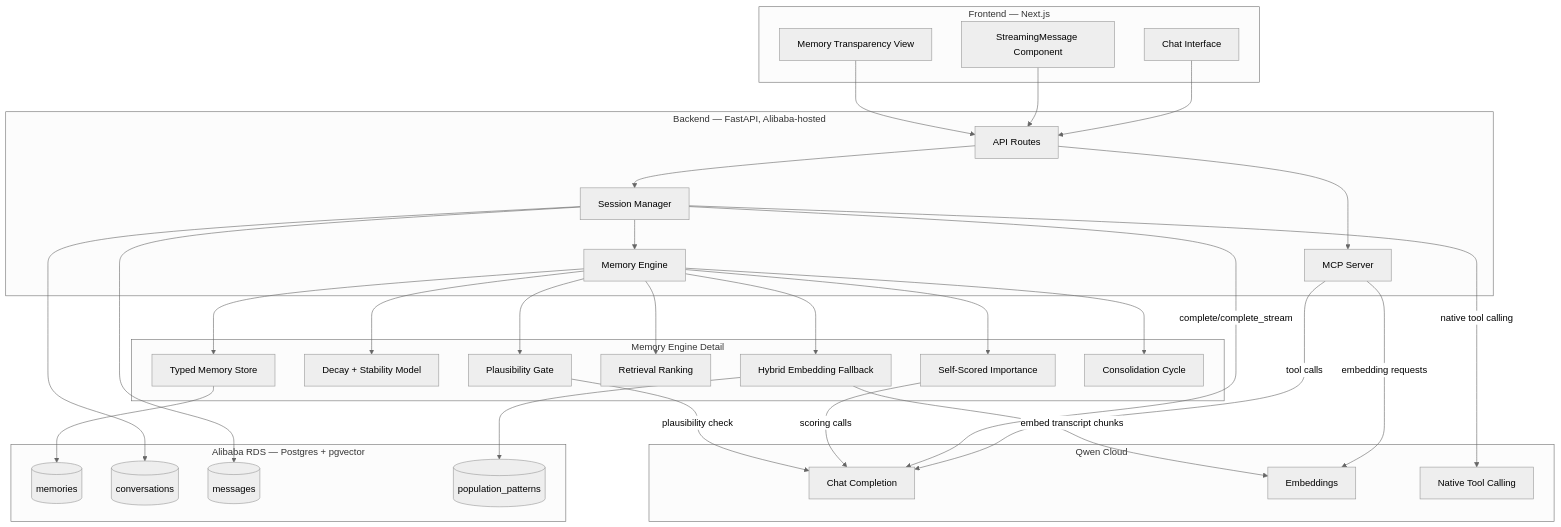
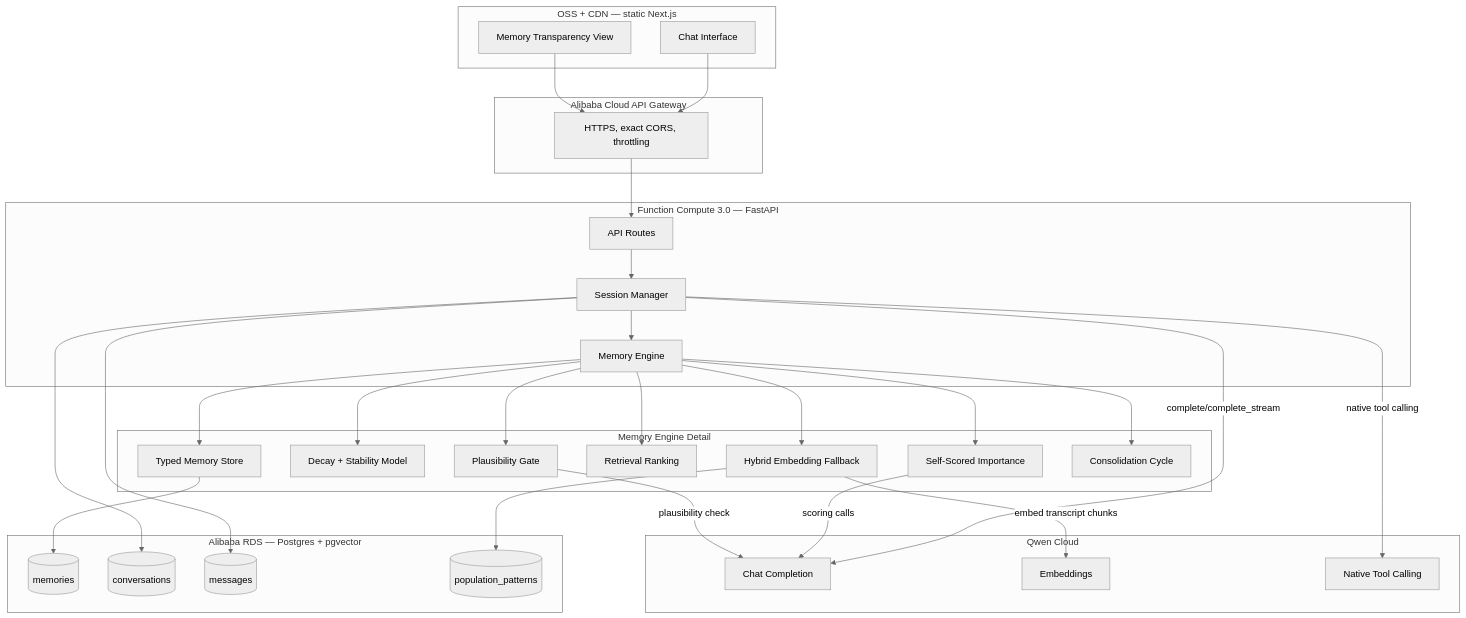
Before and after one commit to lx-singw/volta-memory: the first of 3 diagrams in docs/15_Architecture_Diagram_Spec.md, drawn with Mermaid (neutral theme). The commit also changed other lines of this file and 80 other files, not shown here.

Commit message:
feat: harden Volta memory product and release flow

````diff
--- a/docs/15_Architecture_Diagram_Spec.md
+++ b/docs/15_Architecture_Diagram_Spec.md
@@ -24,63 +24,62 @@
 ```mermaid
 graph TB
-    subgraph Frontend["Frontend — Next.js"]
+    subgraph Frontend["OSS + CDN — static Next.js"]
         UI[Chat Interface]
         MTV[Memory Transparency View]
-        SM[StreamingMessage Component]
     end
 
-    subgraph Backend["Backend — FastAPI, Alibaba-hosted"]
+    subgraph Edge["Alibaba Cloud API Gateway"]
+        Gateway[HTTPS, exact CORS, throttling]
+    end
+
+    subgraph Backend["Function Compute 3.0 — FastAPI"]
         API[API Routes]
         SESSION[Session Manager]
         MEM[Memory Engine]
-        MCP[MCP Server]
     end
 
     subgraph MemoryEngine["Memory Engine Detail"]
         STORE[Typed Memory Store]
         DECAY[Decay + Stability Model]
         IMPORTANCE[Self-Scored Importance]
         RETRIEVAL[Retrieval Ranking]
         HYBRID[Hybrid Embedding Fallback]
         PLAUSIBILITY[Plausibility Gate]
         CONSOLIDATION[Consolidation Cycle]
     end
 
     subgraph QwenCloud["Qwen Cloud"]
         CHAT[Chat Completion]
         EMBED[Embeddings]
         TOOLCALL[Native Tool Calling]
     end
 
     subgraph DB["Alibaba RDS — Postgres + pgvector"]
         MEMTABLE[(memories)]
         CONVTABLE[(conversations)]
         MSGTABLE[(messages)]
         POPTABLE[(population_patterns)]
     end
 
-    UI --> API
-    SM --> API
-    MTV --> API
+    UI --> Gateway
+    MTV --> Gateway
+    Gateway --> API
     API --> SESSION
     SESSION --> MEM
     MEM --> STORE
     MEM --> DECAY
     MEM --> IMPORTANCE
     MEM --> RETRIEVAL
     MEM --> HYBRID
     MEM --> PLAUSIBILITY
     MEM --> CONSOLIDATION
     STORE --> MEMTABLE
     SESSION --> CONVTABLE
     SESSION --> MSGTABLE
     HYBRID --> POPTABLE
-    API --> MCP
-    MCP -->|tool calls| CHAT
-    MCP -->|embedding requests| EMBED
     SESSION -->|complete/complete_stream| CHAT
     SESSION -->|native tool calling| TOOLCALL
     IMPORTANCE -->|scoring calls| CHAT
     PLAUSIBILITY -->|plausibility check| CHAT
     HYBRID -->|embed transcript chunks| EMBED
 ```
````
